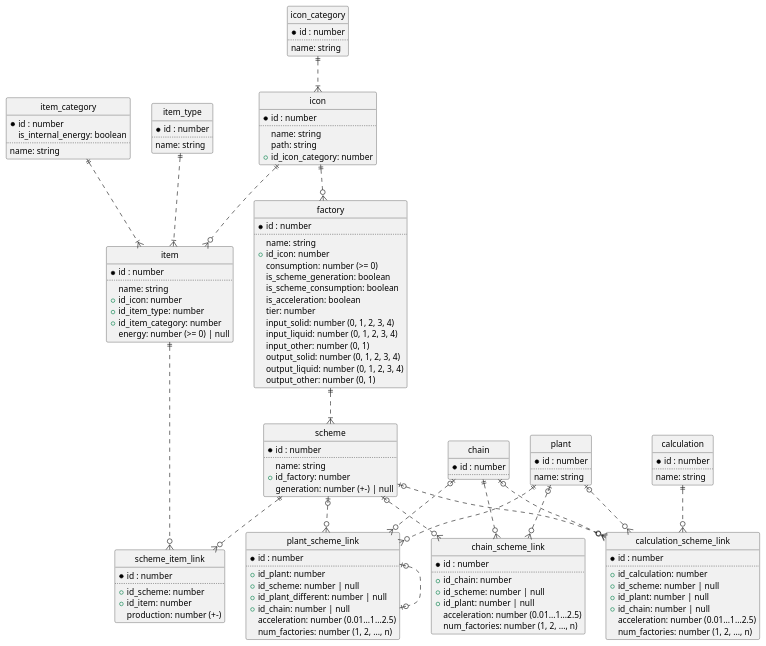
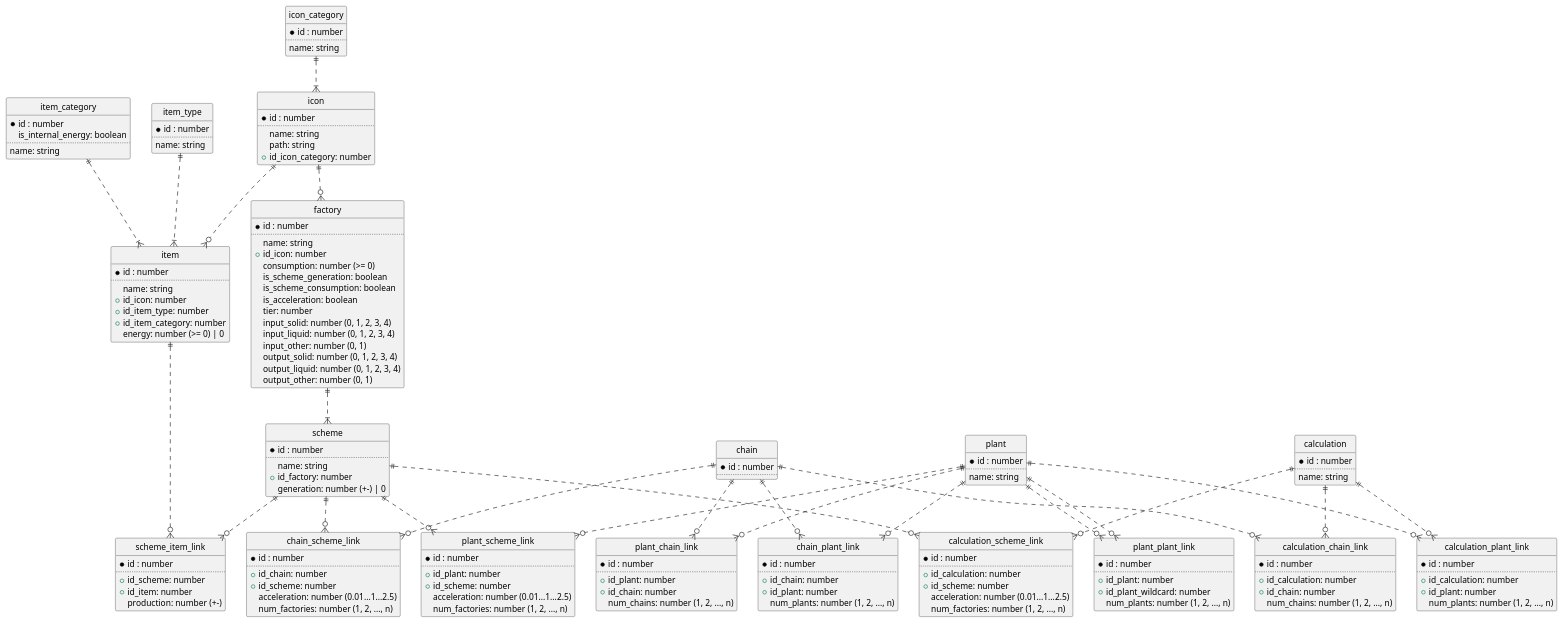
The diagram in docs/scheme/model.puml (Shahimat/SatisfactoryCalculator), drawn with PlantUML before and after one commit.

Commit message:
docs[model]: clear nullable columns

```diff
--- a/docs/scheme/model.puml
+++ b/docs/scheme/model.puml
@@ -1,149 +1,192 @@
 @startuml
 
 ' hide the spot
 hide circle
 
 ' avoid problems with angled crows feet
 ' skinparam linetype ortho
 
 entity item_type {
   *id : number
   ..
   name: string
 }
 
 entity item_category {
   *id : number
   is_internal_energy: boolean
   ..
   name: string
 }
 
 entity icon_category {
   *id : number
   ..
   name: string
 }
 
 entity icon {
   *id : number
   ..
   name: string
   path: string
   +id_icon_category: number
 }
 
 entity item {
   *id : number
   ..
   name: string
   +id_icon: number
   +id_item_type: number
   +id_item_category: number
-  energy: number (>= 0) | null
+  energy: number (>= 0) | 0
 }
 
 entity factory {
   *id : number
   ..
   name: string
   +id_icon: number
   consumption: number (>= 0)
   is_scheme_generation: boolean
   is_scheme_consumption: boolean
   is_acceleration: boolean
   tier: number
   input_solid: number (0, 1, 2, 3, 4)
   input_liquid: number (0, 1, 2, 3, 4)
   input_other: number (0, 1)
   output_solid: number (0, 1, 2, 3, 4)
   output_liquid: number (0, 1, 2, 3, 4)
   output_other: number (0, 1)
 }
 
 entity scheme {
   *id : number
   ..
   name: string
   +id_factory: number
-  generation: number (+-) | null
+  generation: number (+-) | 0
 }
 
 entity scheme_item_link {
   *id : number
   ..
   +id_scheme: number
   +id_item: number
   production: number (+-)
 }
 
 entity plant {
   *id : number
   ..
   name: string
 }
 
 entity chain {
   *id : number
   ..
 }
 
 entity calculation {
   *id : number
   ..
   name: string
 }
 
 entity plant_scheme_link {
   *id : number
   ..
   +id_plant: number
-  +id_scheme: number | null
-  +id_plant_different: number | null
-  +id_chain: number | null
+  +id_scheme: number
   acceleration: number (0.01...1...2.5)
   num_factories: number (1, 2, ..., n)
+}
+
+entity plant_chain_link {
+  *id : number
+  ..
+  +id_plant: number
+  +id_chain: number
+  num_chains: number (1, 2, ..., n)
+}
+
+entity plant_plant_link {
+  *id : number
+  ..
+  +id_plant: number
+  +id_plant_wildcard: number
+  num_plants: number (1, 2, ..., n)
 }
 
 entity chain_scheme_link {
   *id : number
   ..
   +id_chain: number
-  +id_scheme: number | null
-  +id_plant: number | null
+  +id_scheme: number
   acceleration: number (0.01...1...2.5)
   num_factories: number (1, 2, ..., n)
+}
+
+entity chain_plant_link {
+  *id : number
+  ..
+  +id_chain: number
+  +id_plant: number
+  num_plants: number (1, 2, ..., n)
 }
 
 entity calculation_scheme_link {
   *id : number
   ..
   +id_calculation: number
-  +id_scheme: number | null
-  +id_plant: number | null
-  +id_chain: number | null
+  +id_scheme: number
   acceleration: number (0.01...1...2.5)
   num_factories: number (1, 2, ..., n)
+}
+
+entity calculation_chain_link {
+  *id : number
+  ..
+  +id_calculation: number
+  +id_chain: number
+  num_chains: number (1, 2, ..., n)
+}
+
+entity calculation_plant_link {
+  *id : number
+  ..
+  +id_calculation: number
+  +id_plant: number
+  num_plants: number (1, 2, ..., n)
 }
 
 icon_category ||..|{ icon
 icon ||..o{ item
 item_type ||..|{ item
 item_category ||..|{ item
 icon ||..o{ factory
 factory ||..|{ scheme
 item ||..o{ scheme_item_link
 scheme ||..o{ scheme_item_link
-plant ||..o{ plant_scheme_link  
-scheme |o..o{ plant_scheme_link
-plant_scheme_link |o..o| plant_scheme_link
-chain |o..o{ plant_scheme_link
+
+calculation ||..o{ calculation_scheme_link
+scheme ||..o{ calculation_scheme_link
+calculation ||..o{ calculation_chain_link
+chain ||..o{ calculation_chain_link
+calculation ||..o{ calculation_plant_link
+plant ||..o{ calculation_plant_link
+
 chain ||..o{ chain_scheme_link
-scheme |o..o{ chain_scheme_link
-plant |o..o{ chain_scheme_link
-calculation ||..o{ calculation_scheme_link
-scheme |o..o{ calculation_scheme_link
-plant |o..o{ calculation_scheme_link
-chain |o..o{ calculation_scheme_link
+scheme ||..o{ chain_scheme_link
+chain ||..o{ chain_plant_link
+plant ||..o{ chain_plant_link
+
+plant ||..o{ plant_scheme_link
+scheme ||..o{ plant_scheme_link
+plant ||..o{ plant_chain_link
+chain ||..o{ plant_chain_link
+plant ||..o{ plant_plant_link
+plant ||..o{ plant_plant_link
 
 @enduml
```
